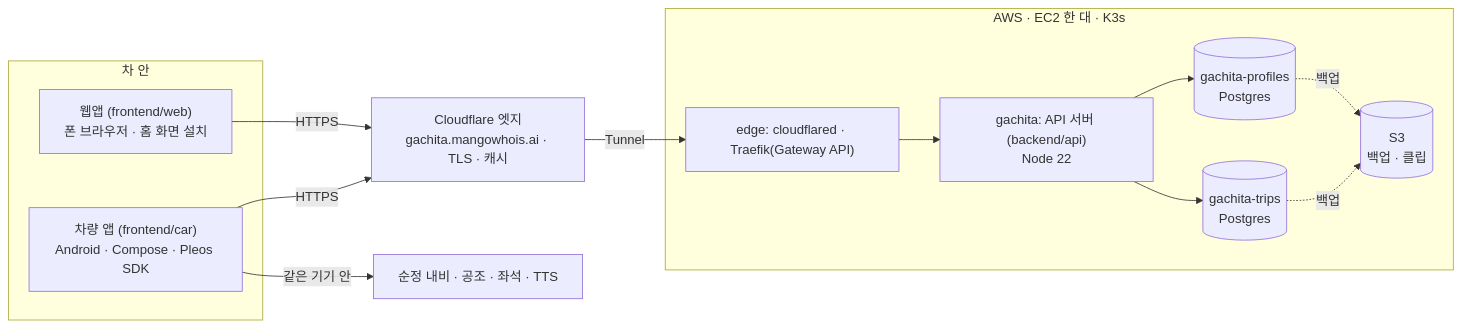
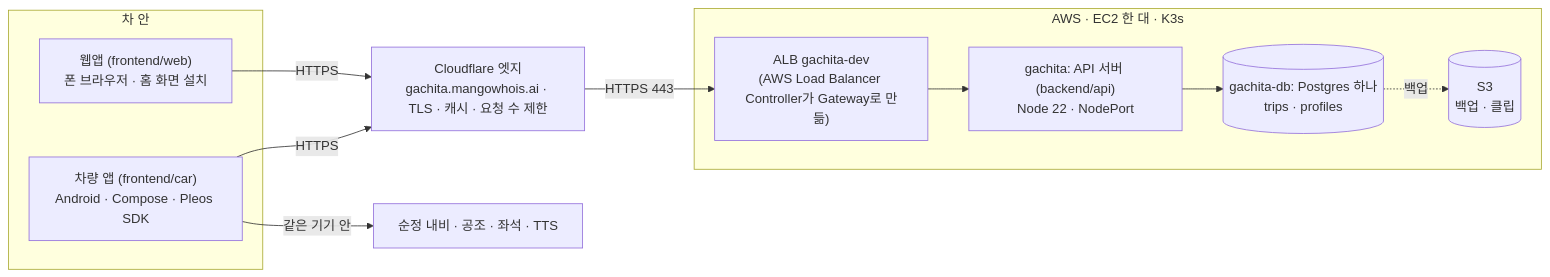
The diagram in docs/architecture.md (team-pitcrew/gachita), drawn with Mermaid before and after one commit. The commit also changed 1 other file, not shown here.

Commit message:
[T27] GitOps README와 구성도를 ALB 컨트롤러·Postgres 하나·쿠버네티스 DNS 이름에 맞춘다

````diff
--- a/docs/architecture.md
+++ b/docs/architecture.md
@@ -27,23 +27,20 @@
 ```mermaid
 flowchart LR
   subgraph 차 안
     Car["차량 앱 (frontend/car)\nAndroid · Compose · Pleos SDK"]
     Phone["웹앱 (frontend/web)\n폰 브라우저 · 홈 화면 설치"]
   end
-  CF["Cloudflare 엣지\ngachita.mangowhois.ai · TLS · 캐시"]
+  CF["Cloudflare 엣지\ngachita.mangowhois.ai · TLS · 캐시 · 요청 수 제한"]
   subgraph AWS["AWS · EC2 한 대 · K3s"]
-    Edge["edge: cloudflared · Traefik(Gateway API)"]
-    API["gachita: API 서버 (backend/api)\nNode 22"]
-    PGT[("gachita-trips\nPostgres")]
-    PGP[("gachita-profiles\nPostgres")]
+    ALB["ALB gachita-dev\n(AWS Load Balancer Controller가 Gateway로 만듦)"]
+    API["gachita: API 서버 (backend/api)\nNode 22 · NodePort"]
+    PG[("gachita-db: Postgres 하나\ntrips · profiles")]
     S3[("S3\n백업 · 클립")]
   end
   Car -->|HTTPS| CF
   Phone -->|HTTPS| CF
-  CF -->|Tunnel| Edge --> API
-  API --> PGT
-  API --> PGP
-  PGT -.->|백업| S3
-  PGP -.->|백업| S3
+  CF -->|HTTPS 443| ALB --> API
+  API --> PG
+  PG -.->|백업| S3
   Car -->|같은 기기 안| Pleos["순정 내비 · 공조 · 좌석 · TTS"]
 ```
````
